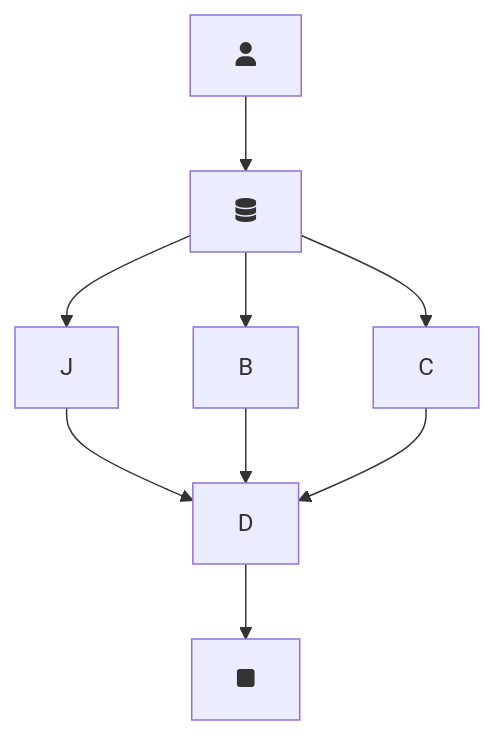
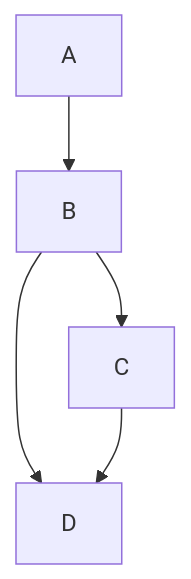
The diagram in README.md (Gichunga/micro-Supaa), drawn with Mermaid before and after one commit.

````diff
--- a/README.md
+++ b/README.md
@@ -3,11 +3,7 @@
 ```mermaid
     graph TD;
-        fa:fa-user-->fa:fa-database;
-        fa:fa-database-->B;
-        fa:fa-database-->C;
-        fa:fa-database-->J;
-        J-->D;
+        A-->B;
+        B-->C;
         B-->D;
         C-->D;
-        D-->fa:fa-stop
 ```
````
